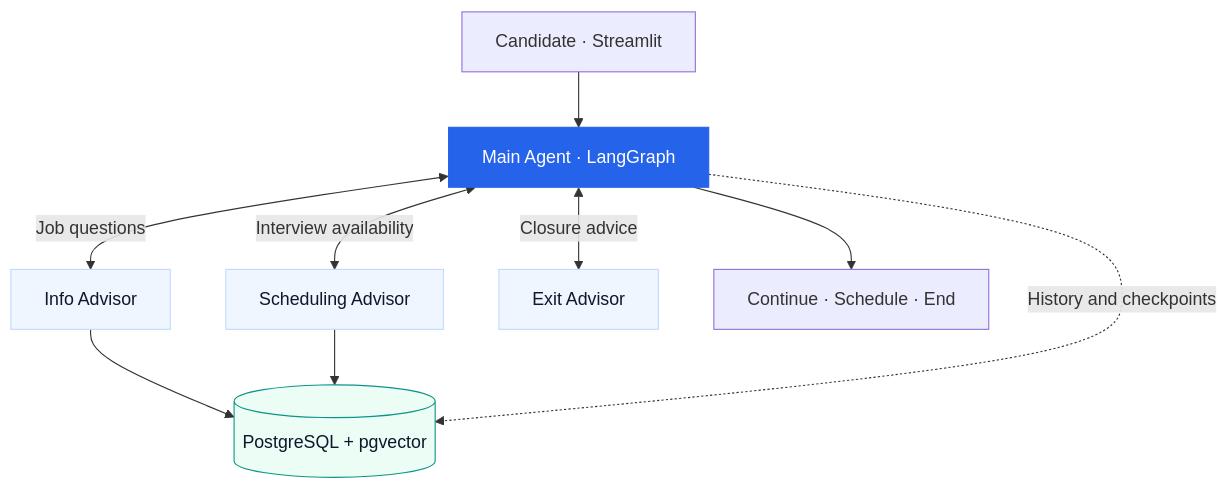
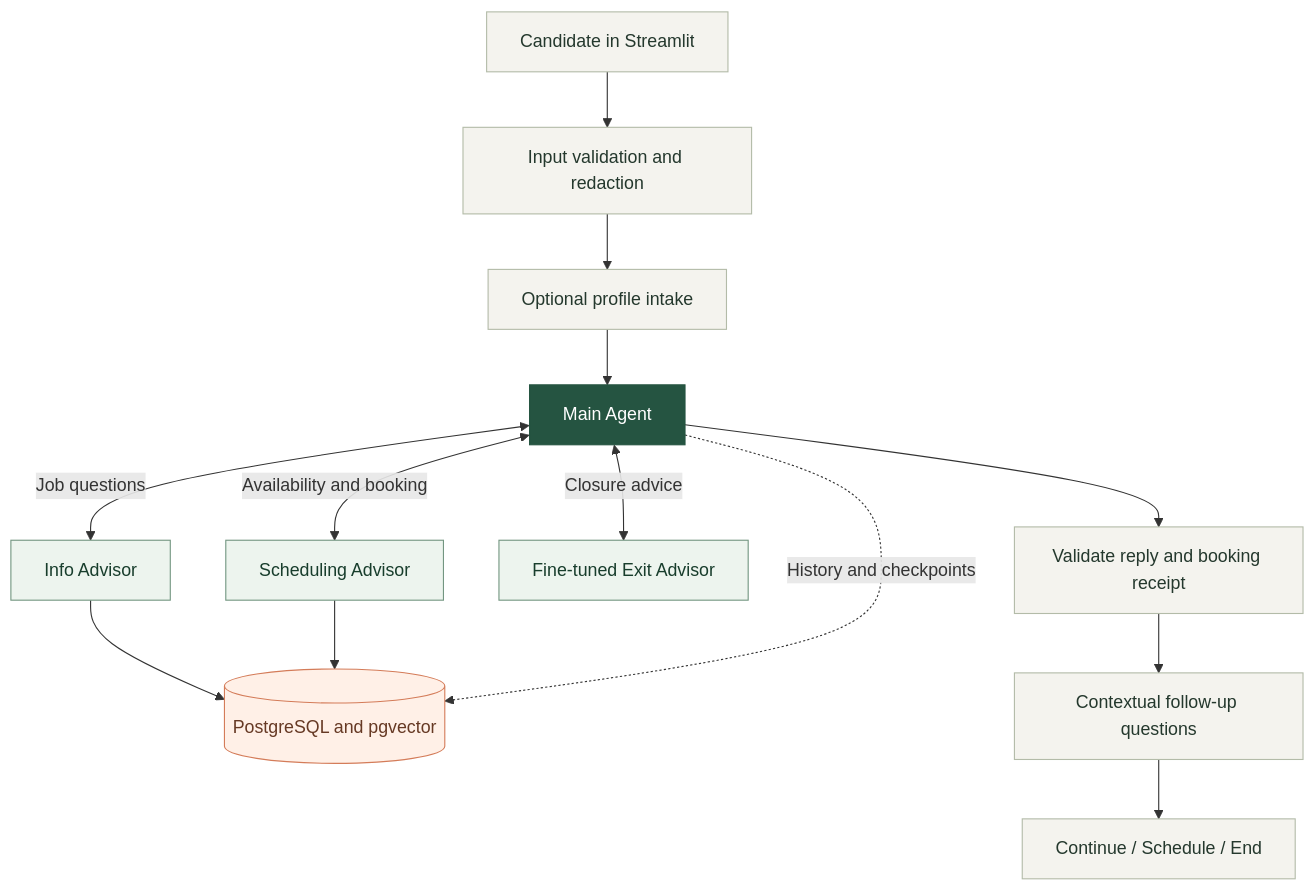
One commit to sapir-pirski/technion-genai-recruitment-assistant changed the diagram in README.md. Above: the diagram before and after it, drawn with Mermaid. The commit also changed other lines of this file and 49 other files, not shown here.

````diff
--- a/README.md
+++ b/README.md
@@ -108,18 +286,23 @@
 ```mermaid
 flowchart TD
-    UI["Candidate · Streamlit"] --> Main["Main Agent · LangGraph"]
-    Main <-->|"Job questions"| Info["Info Advisor"]
-    Main <-->|"Interview availability"| Scheduling["Scheduling Advisor"]
-    Main <-->|"Closure advice"| Exit["Exit Advisor"]
-    Info --> DB[("PostgreSQL + pgvector")]
+    UI[Candidate in Streamlit] --> Guard[Input validation and redaction]
+    Guard --> Profile[Optional profile intake]
+    Profile --> Main[Main Agent]
+    Main <-->|Job questions| Info[Info Advisor]
+    Main <-->|Availability and booking| Scheduling[Scheduling Advisor]
+    Main <-->|Closure advice| Exit[Fine-tuned Exit Advisor]
+    Info --> DB[(PostgreSQL and pgvector)]
     Scheduling --> DB
-    Main -. "History and checkpoints" .-> DB
-    Main --> Reply["Continue · Schedule · End"]
-
-    classDef coordinator fill:#2563EB,stroke:#2563EB,color:#FFFFFF
-    classDef advisor fill:#EFF6FF,stroke:#BFDBFE,color:#0F172A
-    classDef storage fill:#ECFDF5,stroke:#0D9488,color:#0F172A
-    class Main coordinator
+    Main --> Output[Validate reply and booking receipt]
+    Output --> Followups[Contextual follow-up questions]
+    Followups --> Reply[Continue / Schedule / End]
+    Main -. History and checkpoints .-> DB
+    classDef main fill:#255441,stroke:#255441,color:#ffffff
+    classDef advisor fill:#edf4ee,stroke:#739681,color:#183d2c
+    classDef data fill:#fff0e7,stroke:#d47c59,color:#663924
+    classDef pipeline fill:#f4f3ee,stroke:#b3bba8,color:#24382d
+    class Main main
     class Info,Scheduling,Exit advisor
-    class DB storage
+    class DB data
+    class UI,Guard,Profile,Output,Followups,Reply pipeline
 ```
````
